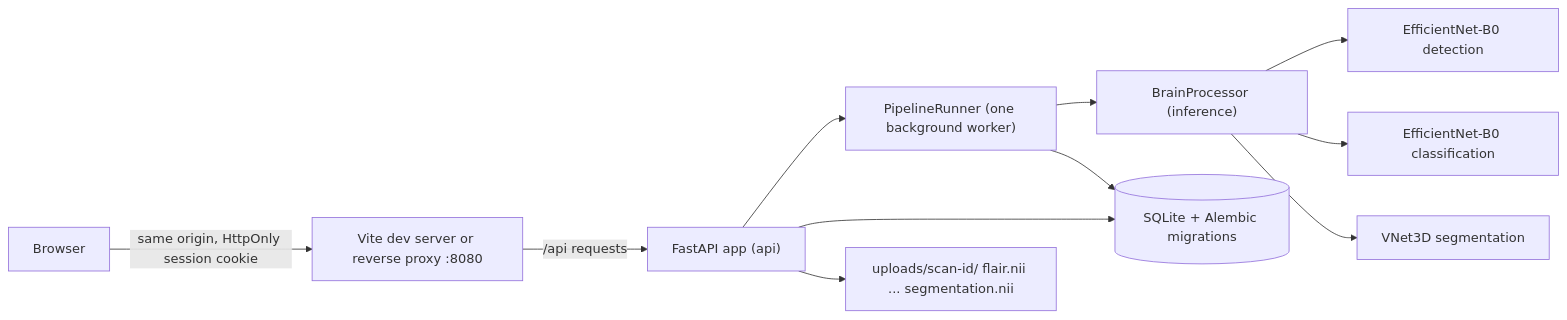
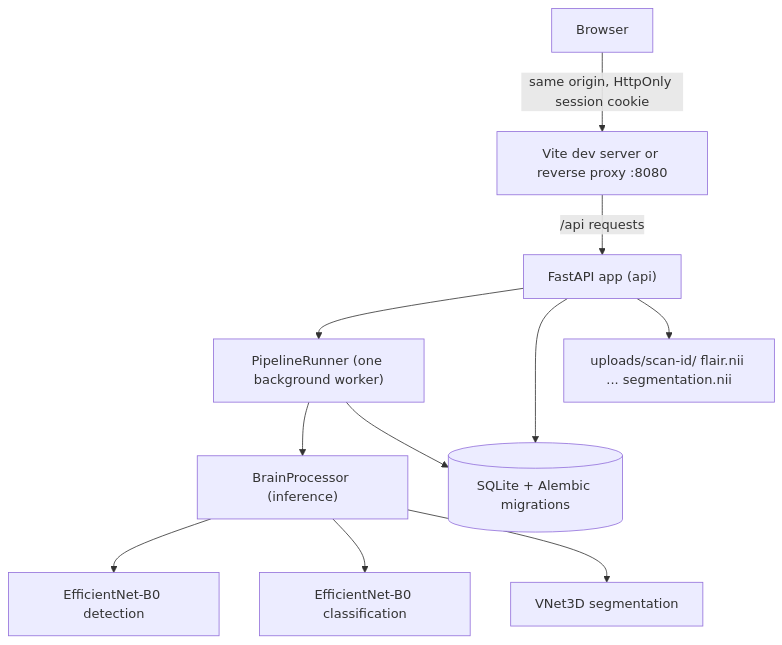
The first of 6 diagrams in Materials/Report Template.md (parthmital/NeuroScan-AI), drawn with Mermaid before and after one commit. The commit also changed other lines of this file and 2 other files, not shown here.

````diff
--- a/Materials/Report Template.md
+++ b/Materials/Report Template.md
@@ -498,13 +498,13 @@
 ```mermaid
-flowchart LR
+flowchart TB
     U[Browser] -->|"same origin, HttpOnly session cookie"| F["Vite dev server or reverse proxy :8080"]
     F -->|"/api requests"| B["FastAPI app (api)"]
     B --> Q["PipelineRunner (one background worker)"]
     Q --> P["BrainProcessor (inference)"]
     P --> M1["EfficientNet-B0 detection"]
     P --> M2["EfficientNet-B0 classification"]
     P --> M3["VNet3D segmentation"]
     B --> DB[("SQLite + Alembic migrations")]
     Q --> DB
     B --> FS["uploads/scan-id/ flair.nii ... segmentation.nii"]
 ```
````
